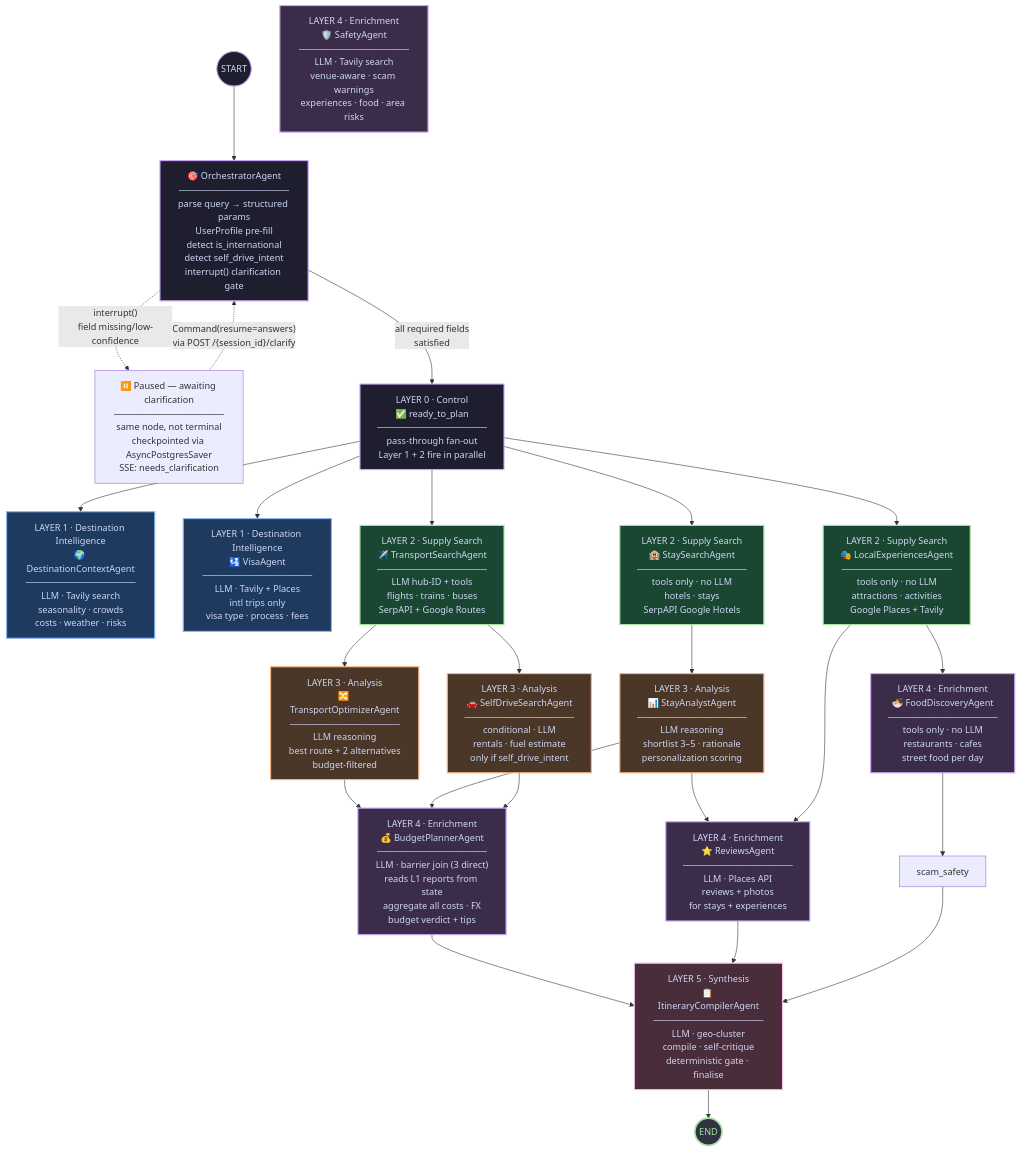
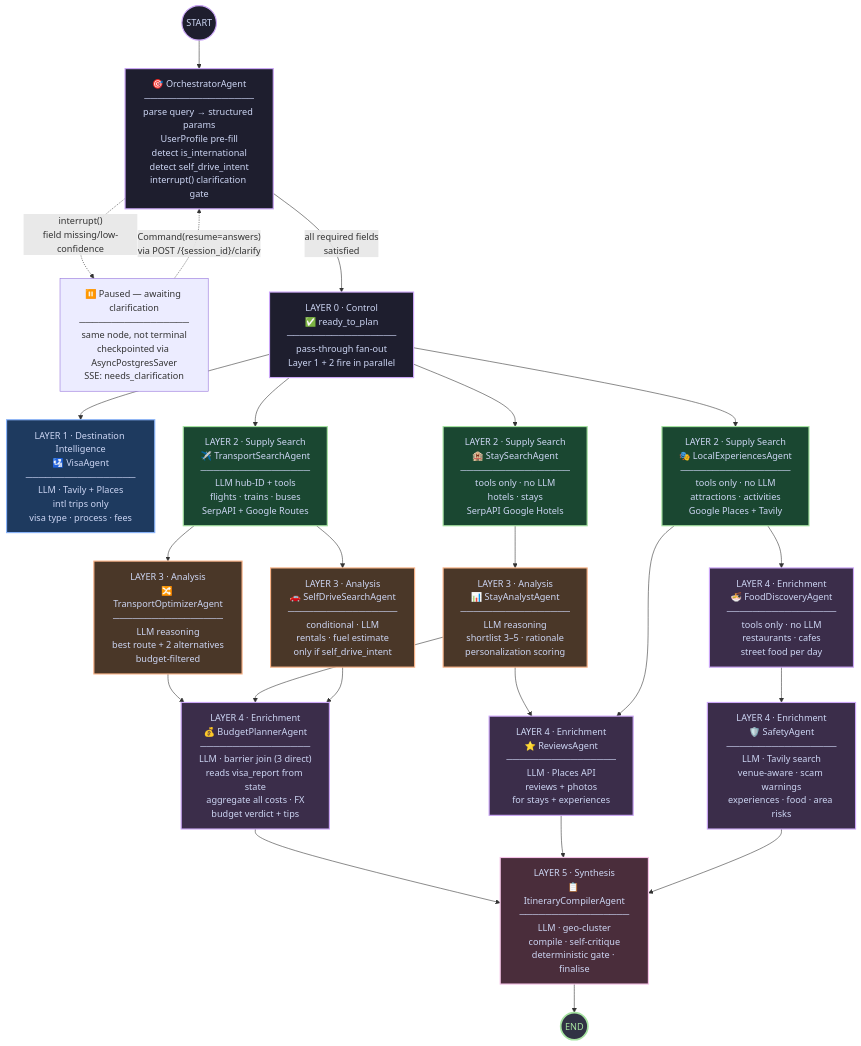
Before and after one commit to thecoducer/TravelCopilot: the first of 3 diagrams in plan.md, drawn with Mermaid. The commit also changed other lines of this file, not shown here.

```diff
--- a/plan.md
+++ b/plan.md
@@ -75,11 +60,8 @@
 
     ready_to_plan["LAYER 0 · Control\n✅ ready_to_plan\n─────────────────\npass-through fan-out\nLayer 1 + 2 fire in parallel"]:::control
 
-    %% ── Layer 1: Destination Intelligence (parallel) ─────────────
-    ready_to_plan --> destination_context
+    %% ── Layer 1: Destination Intelligence ─────────────────────────
     ready_to_plan --> visa
-
-    destination_context["LAYER 1 · Destination Intelligence\n🌍 DestinationContextAgent\n─────────────────\nLLM · Tavily search\nseasonality · crowds\ncosts · weather · risks"]:::layer1
 
     visa["LAYER 1 · Destination Intelligence\n🛂 VisaAgent\n─────────────────\nLLM · Tavily + Places\nintl trips only\nvisa type · process · fees"]:::layer1
 
@@ -105,8 +87,8 @@
 
     self_drive_search["LAYER 3 · Analysis\n🚗 SelfDriveSearchAgent\n─────────────────\nconditional · LLM\nrentals · fuel estimate\nonly if self_drive_intent"]:::layer3
 
-    %% ── Layer 3 → BudgetPlanner (barrier join: 3 direct inputs; reads L1 state)
-    %% safety_report and visa_report are already written to TripState
+    %% ── Layer 3 → BudgetPlanner (barrier join: 3 direct inputs; reads visa_report)
+    %% visa_report is already written to TripState by Layer 1 (if international);
     %% by super-step 3, so no direct edge is needed — and adding one would cause
     %% BudgetPlannerAgent to fire twice (once after L1 and again after L3).
     transport_optimizer --> budget_planner
@@ -121,20 +103,20 @@
     local_experiences --> food_discovery
 
     %% ── Layer 4: Enrichment ──────────────────────────────────────
-    budget_planner["LAYER 4 · Enrichment\n💰 BudgetPlannerAgent\n─────────────────\nLLM · barrier join (3 direct)\nreads L1 reports from state\naggregate all costs · FX\nbudget verdict + tips"]:::layer4
+    budget_planner["LAYER 4 · Enrichment\n💰 BudgetPlannerAgent\n─────────────────\nLLM · barrier join (3 direct)\nreads visa_report from state\naggregate all costs · FX\nbudget verdict + tips"]:::layer4
 
     reviews["LAYER 4 · Enrichment\n⭐ ReviewsAgent\n─────────────────\nLLM · Places API\nreviews + photos\nfor stays + experiences"]:::layer4
 
     food_discovery["LAYER 4 · Enrichment\n🍜 FoodDiscoveryAgent\n─────────────────\ntools only · no LLM\nrestaurants · cafes\nstreet food per day"]:::layer4
 
-    food_discovery --> scam_safety
+    food_discovery --> safety
 
     safety["LAYER 4 · Enrichment\n🛡️ SafetyAgent\n─────────────────\nLLM · Tavily search\nvenue-aware · scam warnings\nexperiences · food · area risks"]:::layer4
 
     %% ── Layer 5: Synthesis ───────────────────────────────────────
     budget_planner --> itinerary_compiler
     reviews --> itinerary_compiler
-    scam_safety --> itinerary_compiler
+    safety --> itinerary_compiler
 
     itinerary_compiler["LAYER 5 · Synthesis\n📋 ItineraryCompilerAgent\n─────────────────\nLLM · geo-cluster\ncompile · self-critique\ndeterministic gate · finalise"]:::layer5
 
```
